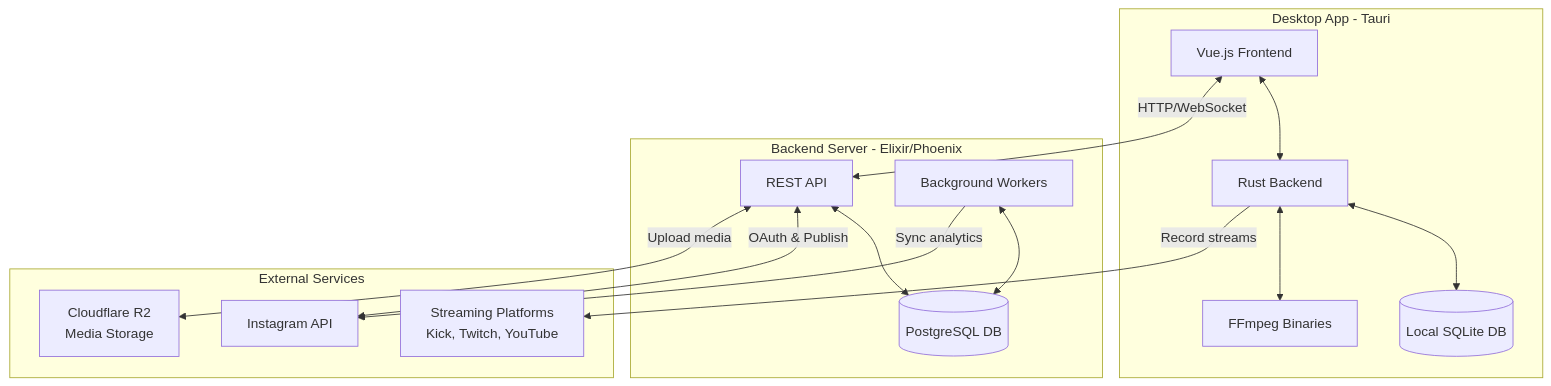
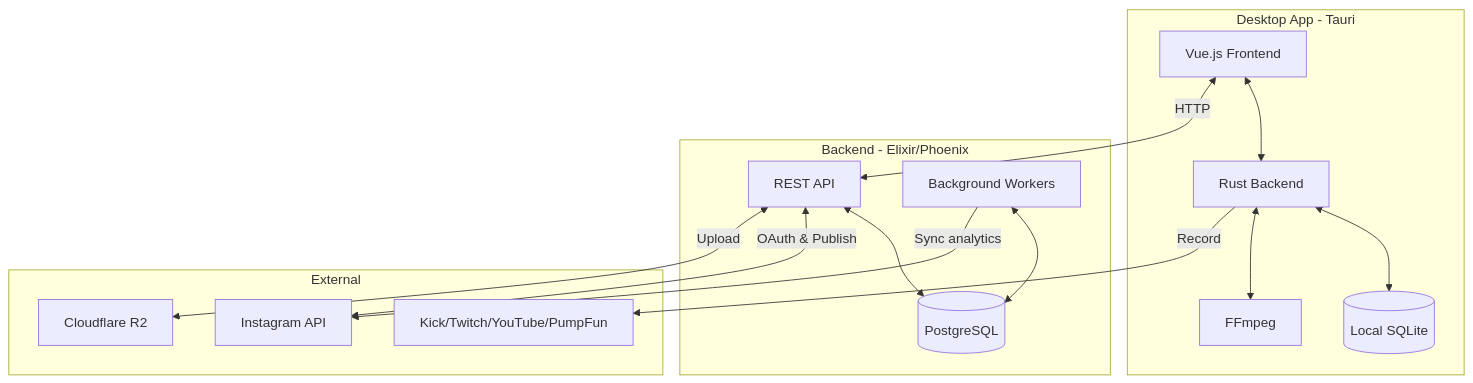
One commit to snowdamiz/clippster-mono changed diagram 13 of 13 in INSTAGRAM_COMPLETE_FLOW_CHART.md. Above: the diagram before and after it, drawn with Mermaid. The commit also changed other lines of this file, not shown here.

````diff
--- a/INSTAGRAM_COMPLETE_FLOW_CHART.md
+++ b/INSTAGRAM_COMPLETE_FLOW_CHART.md
@@ -497,34 +442,34 @@
 ```mermaid
 flowchart TB
     subgraph client [Desktop App - Tauri]
         UI[Vue.js Frontend]
         Rust[Rust Backend]
-        SQLite[(Local SQLite DB)]
-        FFmpeg[FFmpeg Binaries]
-        
-        UI <--> Rust
-        Rust <--> SQLite
-        Rust <--> FFmpeg
+        SQLite[(Local SQLite)]
+        FFmpeg[FFmpeg]
     end
 
-    subgraph server [Backend Server - Elixir/Phoenix]
+    subgraph server [Backend - Elixir/Phoenix]
         API[REST API]
-        PG[(PostgreSQL DB)]
+        PG[(PostgreSQL)]
         Workers[Background Workers]
-        
-        API <--> PG
-        Workers <--> PG
     end
 
-    subgraph external [External Services]
+    subgraph external [External]
         IG[Instagram API]
-        R2[Cloudflare R2<br/>Media Storage]
-        Streams[Streaming Platforms<br/>Kick, Twitch, YouTube]
+        R2[Cloudflare R2]
+        Streams[Kick/Twitch/YouTube/PumpFun]
     end
 
-    UI <-->|HTTP/WebSocket| API
-    Rust -->|Record streams| Streams
+    UI <--> Rust
+    Rust <--> SQLite
+    Rust <--> FFmpeg
+    
+    UI <-->|HTTP| API
+    API <--> PG
+    Workers <--> PG
+    
+    Rust -->|Record| Streams
     API <-->|OAuth & Publish| IG
-    API <-->|Upload media| R2
+    API <-->|Upload| R2
     Workers -->|Sync analytics| IG
 ```
````
